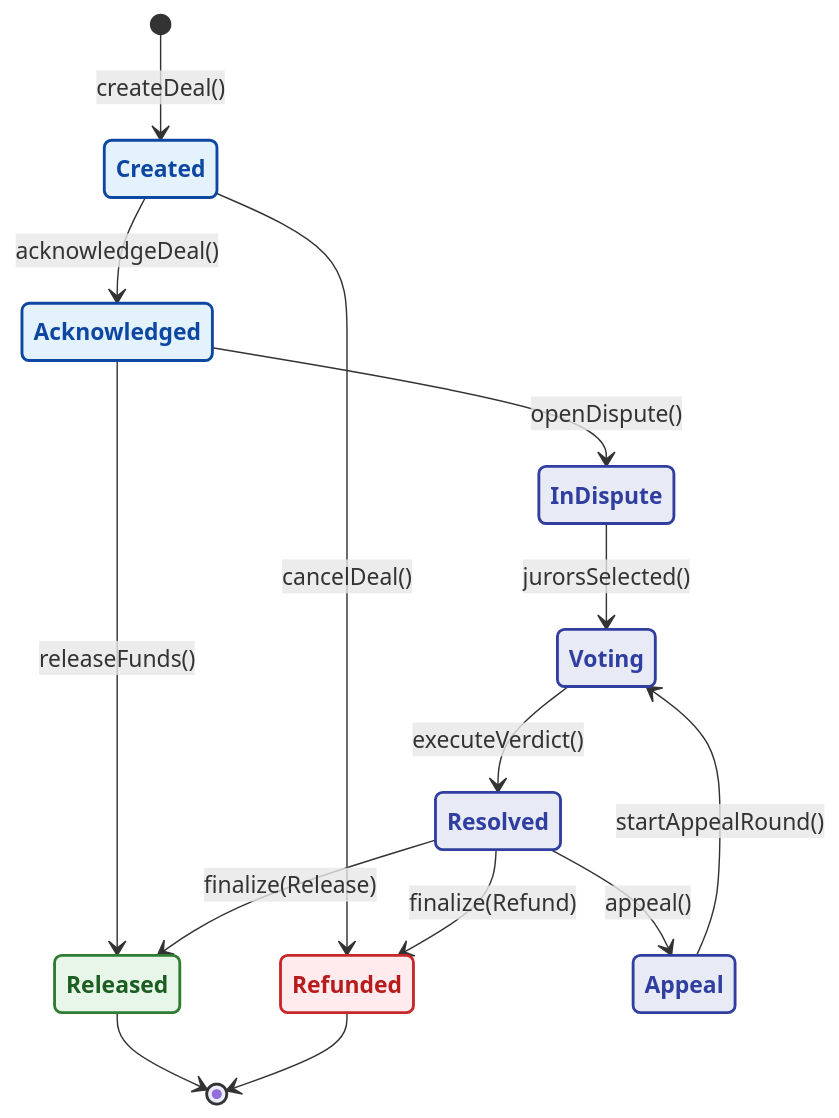
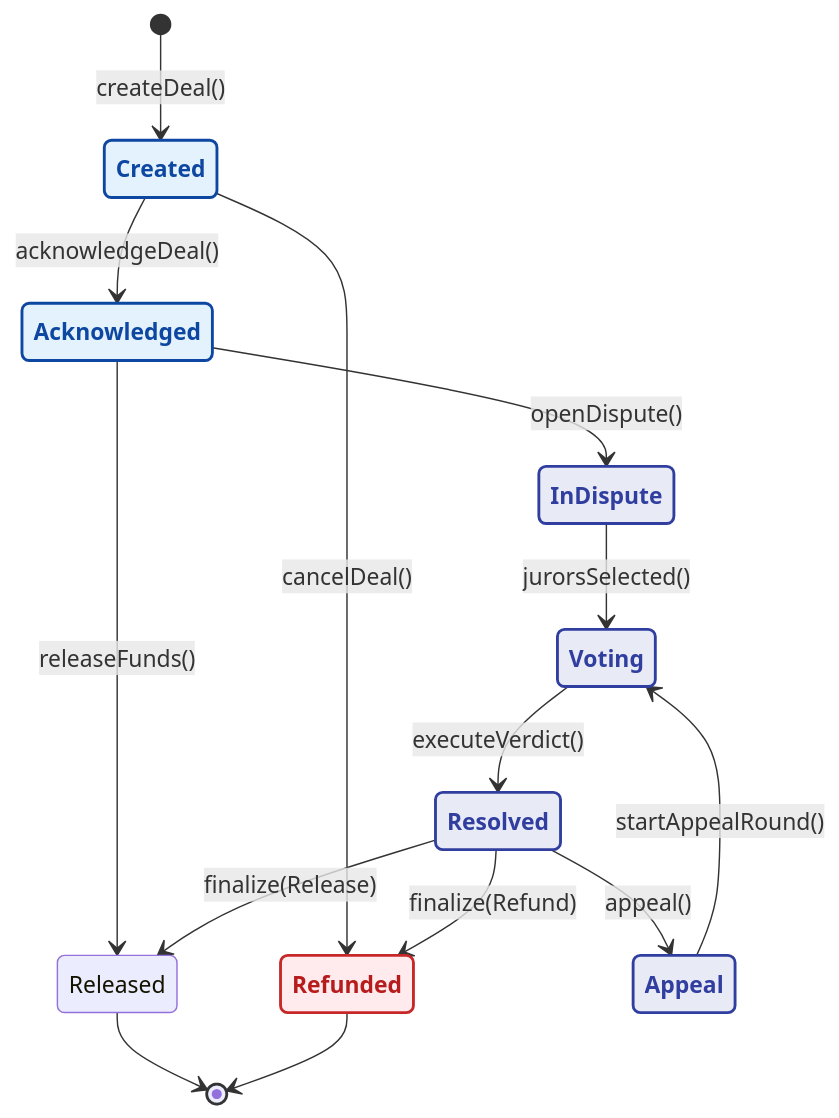
Before and after one commit to LanreAkintayo/bloom: the first of 5 diagrams in diagrams.md, drawn with Mermaid. The commit also changed other lines of this file and 2 other files, not shown here.

````diff
--- a/diagrams.md
+++ b/diagrams.md
@@ -11,44 +11,44 @@
 ```mermaid
 stateDiagram-v2
     %% 1. Define vibrant styles for states
     classDef stateDefault fill:#e3f2fd,stroke:#0d47a1,stroke-width:2px,color:#0d47a1,font-weight:bold
     classDef stateActive fill:#e8eaf6,stroke:#303f9f,stroke-width:2px,color:#303f9f,font-weight:bold
     classDef stateSuccess fill:#e8f5e9,stroke:#2e7d32,stroke-width:2px,color:#1b5e20,font-weight:bold
     classDef stateFail fill:#ffebee,stroke:#c62828,stroke-width:2px,color:#b71c1c,font-weight:bold
 
     %% 2. Define the flow
     [*] --> Created: createDeal()
 
     Created --> Acknowledged: acknowledgeDeal()
     Created --> Refunded: cancelDeal()
 
     Acknowledged --> Released: releaseFunds()
     Acknowledged --> InDispute: openDispute()
 
     InDispute --> Voting: jurorsSelected()
     Voting --> Resolved: executeVerdict()
 
     Resolved --> Appeal: appeal()
     Resolved --> Released: finalize(Release)
     Resolved --> Refunded: finalize(Refund)
 
     Appeal --> Voting: startAppealRound()
 
     Released --> [*]
     Refunded --> [*]
 
     %% 3. Apply styles to states
     class Created,Acknowledged stateDefault
     class InDispute,Voting,Resolved,Appeal stateActive
-    class Released stateSuccess
+    class Released stateSuccessx
     class Refunded stateFail
 
     %% 4. Style the arrows (links) based on their order
     %% Note: Links are 0-indexed
     style 2 stroke:#c62828,stroke-width:2px,stroke-dasharray: "5 5"
     style 3 stroke:#2e7d32,stroke-width:2px
     style 4 stroke:#e65100,stroke-width:2px
     style 8 stroke:#2e7d32,stroke-width:2px
     style 9 stroke:#c62828,stroke-width:2px,stroke-dasharray: "5 5"
 
 ```
````
